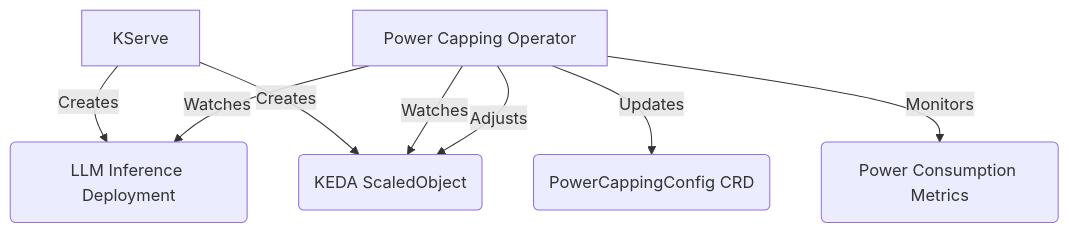
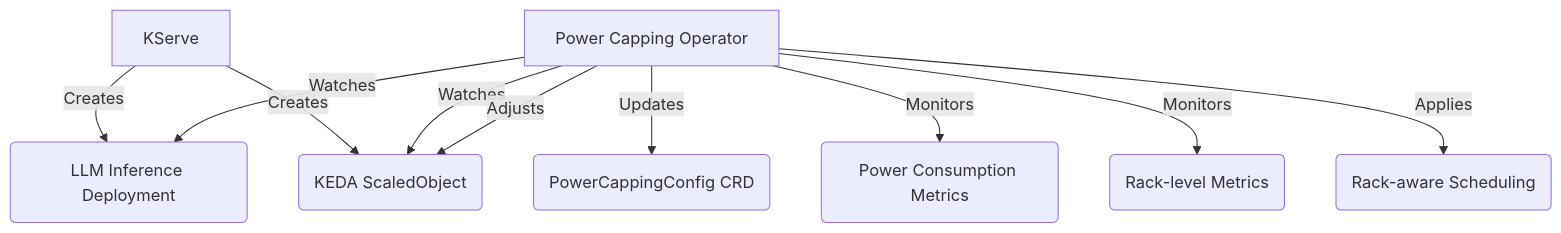
Before and after one commit to Climatik-Project/Climatik-Project: the second of 11 diagrams in README.md, drawn with Mermaid. The commit also changed other lines of this file, not shown here.

Commit message:
update readme with rack aware algorithms

````diff
--- a/README.md
+++ b/README.md
@@ -108,10 +152,12 @@
 ```mermaid
 graph TD
 A[KServe] -->|Creates| B(LLM Inference Deployment)
 A -->|Creates| C(KEDA ScaledObject)
 D[Power Capping Operator] -->|Watches| B
 D -->|Watches| C
 D -->|Updates| E(PowerCappingConfig CRD)
 D -->|Monitors| F(Power Consumption Metrics)
+D -->|Monitors| G(Rack-level Metrics)
+D -->|Applies| H(Rack-aware Scheduling)
 D -->|Adjusts| C
 ```
````
